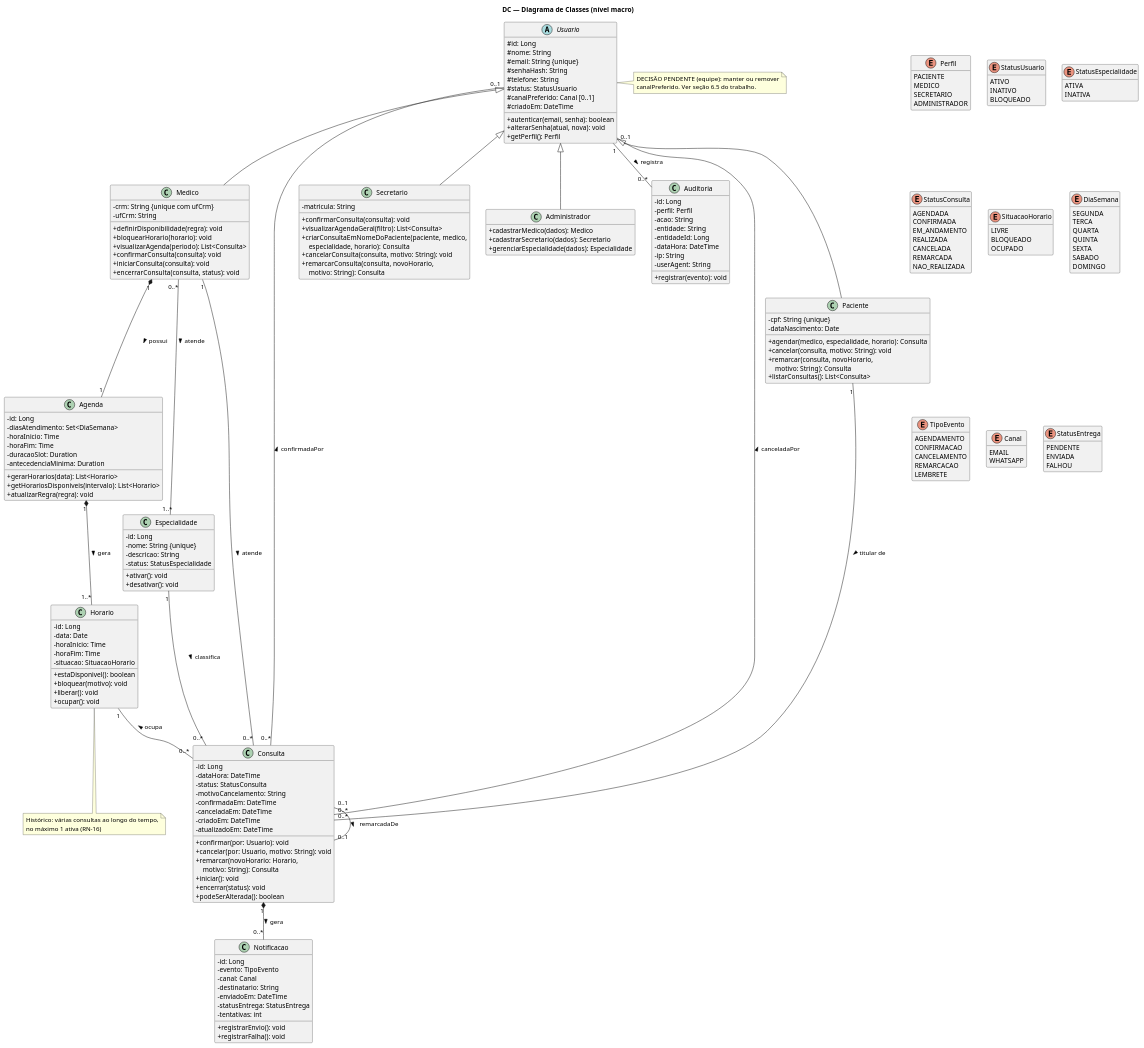
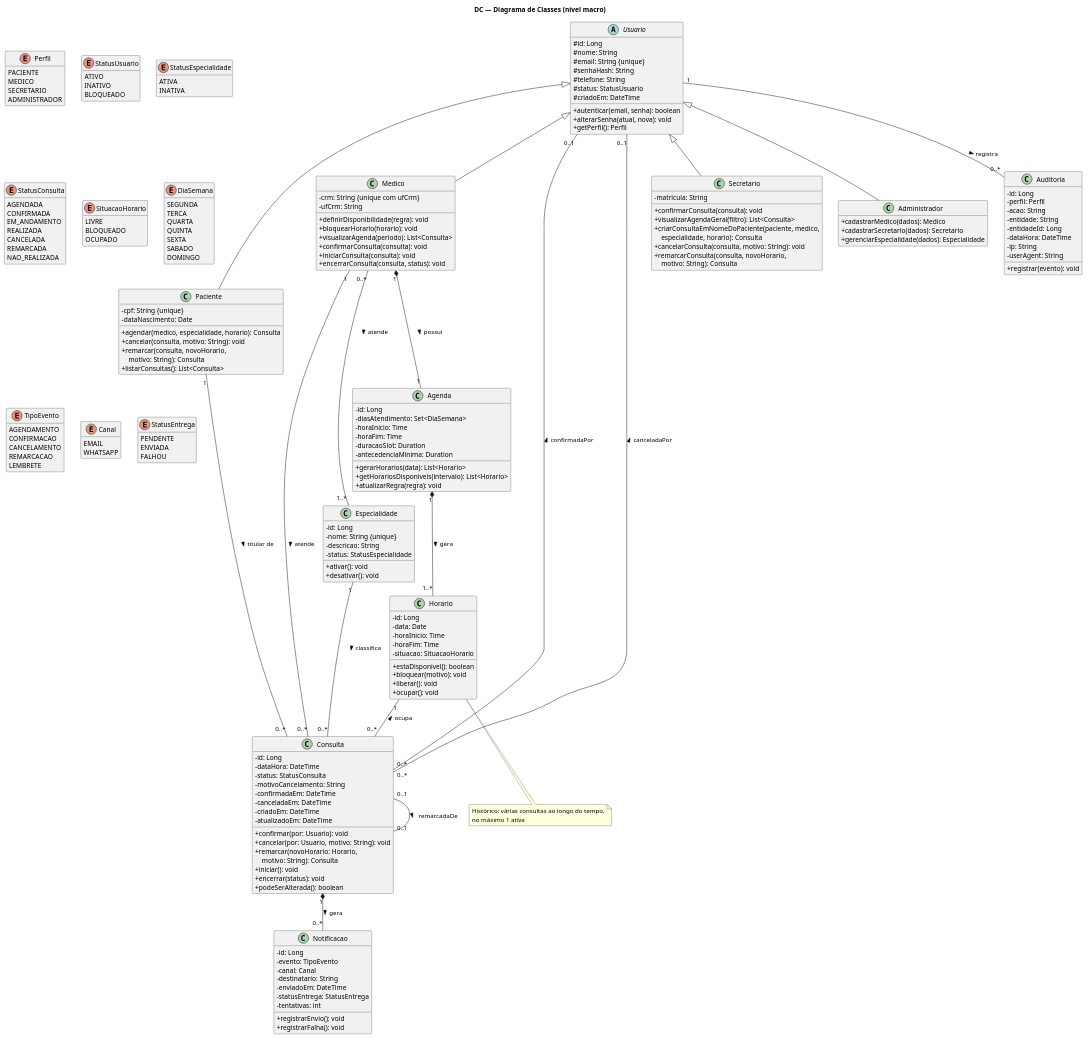
Before and after one commit to gabrlou/aps1-modelagem-software: the third of 3 diagrams in trabalho-modelagem-uml-kayque.md, drawn with PlantUML. The commit also changed other lines of this file and 5 other files, not shown here.

```diff
--- a/trabalho-modelagem-uml-kayque.md
+++ b/trabalho-modelagem-uml-kayque.md
@@ -501,7 +527,6 @@
   # senhaHash: String
   # telefone: String
   # status: StatusUsuario
-  # canalPreferido: Canal [0..1]
   # criadoEm: DateTime
   + autenticar(email, senha): boolean
   + alterarSenha(atual, nova): void
@@ -641,14 +666,9 @@
 Consulta "0..*" -- "0..1" Usuario : canceladaPor >
 Usuario "1" -- "0..*" Auditoria : registra >
 
-note right of Usuario
-  DECISÃO PENDENTE (equipe): manter ou remover
-  canalPreferido. Ver seção 6.5 do trabalho.
-end note
-
 note bottom of Horario
   Histórico: várias consultas ao longo do tempo,
-  no máximo 1 ativa (RN-16)
+  no máximo 1 ativa
 end note
 
 @enduml
```
